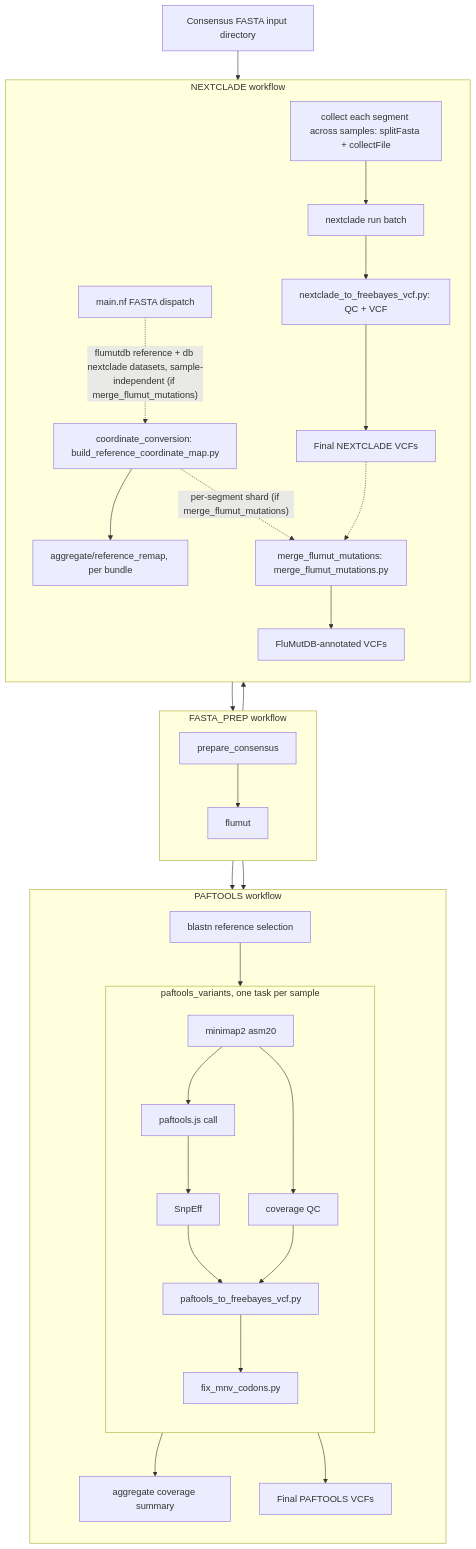
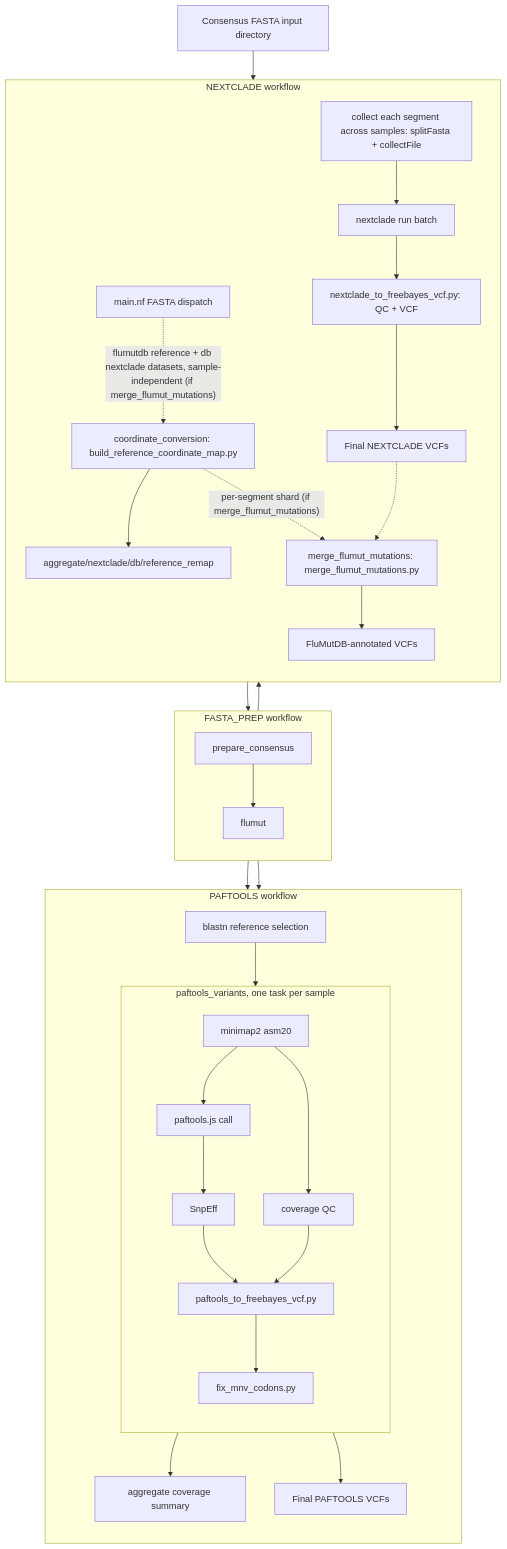
Before and after one commit to BCCDC-PHL/fluscan-nf: the diagram in README.md, drawn with Mermaid. The commit also changed other lines of this file and 11 other files, not shown here.

````diff
--- a/README.md
+++ b/README.md
@@ -42,68 +42,68 @@
 ```mermaid
 flowchart TD
     input[Consensus FASTA input directory]
     dispatch[main.nf FASTA dispatch]
 
     input --> dispatch
     dispatch --> prepare
 
     subgraph FASTA_PREP[FASTA_PREP workflow]
         direction TB
         prepare[prepare_consensus]
         prep_flumut[flumut]
 
         prepare --> prep_flumut
     end
 
     subgraph PAFTOOLS[PAFTOOLS workflow]
         direction TB
         blastn[blastn reference selection]
         covagg[aggregate coverage summary]
         paf_final[Final PAFTOOLS VCFs]
 
         subgraph paftools_variants[paftools_variants, one task per sample]
             direction TB
             minimap[minimap2 asm20]
             covqc[coverage QC]
             paftools_call[paftools.js call]
             snpeff[SnpEff]
             paf2fb[paftools_to_freebayes_vcf.py]
             fixmnv_paf[fix_mnv_codons.py]
 
             minimap --> covqc
             minimap --> paftools_call
             paftools_call --> snpeff
             snpeff --> paf2fb
             covqc --> paf2fb
             paf2fb --> fixmnv_paf
         end
 
         prepare --> blastn
         prepare --> minimap
         blastn --> minimap
         covqc --> covagg
         fixmnv_paf --> paf_final
     end
 
     subgraph NEXTCLADE[NEXTCLADE workflow]
         direction TB
         groupseg[collect each segment across samples: splitFasta + collectFile]
         nc_run[nextclade run batch]
         nc2vcf[nextclade_to_freebayes_vcf.py: QC + VCF]
         nc_final[Final NEXTCLADE VCFs]
         coord_map[coordinate_conversion: build_reference_coordinate_map.py]
-        coord_final[aggregate/reference_remap, per bundle]
+        coord_final[aggregate/nextclade/db/reference_remap]
         flumut_merge[merge_flumut_mutations: merge_flumut_mutations.py]
         flumut_annotated[FluMutDB-annotated VCFs]
 
         prepare --> groupseg
         groupseg --> nc_run
         nc_run --> nc2vcf
         nc2vcf --> nc_final
         dispatch -.->|"flumutdb reference + db nextclade datasets, sample-independent (if merge_flumut_mutations)"| coord_map
         coord_map --> coord_final
         coord_map -.->|"per-segment shard (if merge_flumut_mutations)"| flumut_merge
         nc_final -.-> flumut_merge
         flumut_merge --> flumut_annotated
     end
 ```
````
